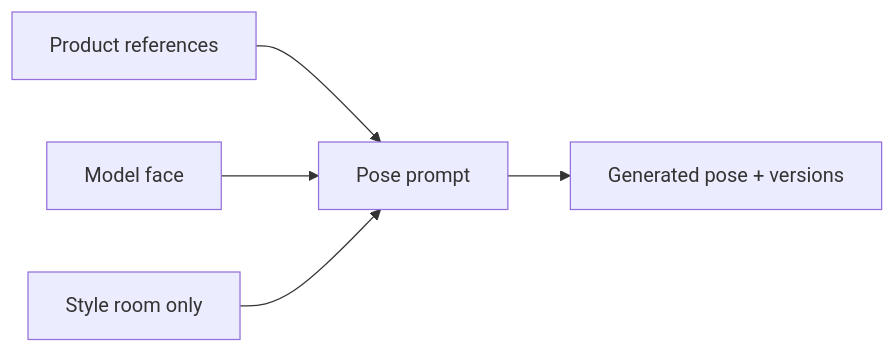
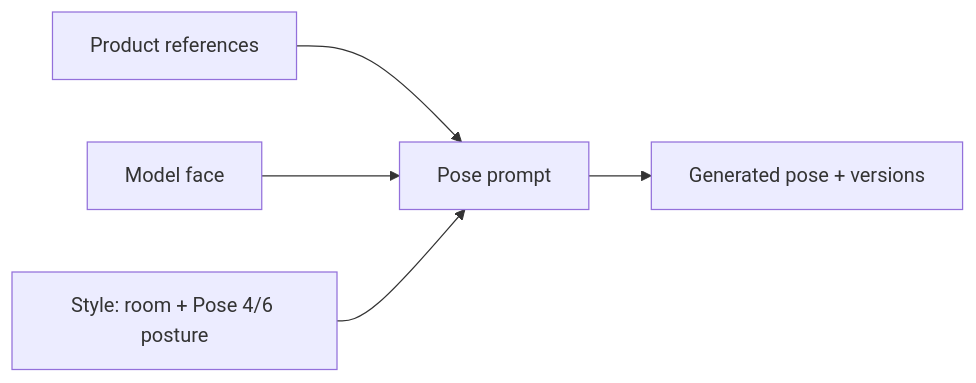
The diagram in youthnic-ai-studio-docs/history/inspect-generation-flow.mdx (pawanshukla500/aistudio-youthnic), drawn with Mermaid before and after one commit. The commit also changed other lines of this file and 74 other files, not shown here.

````diff
--- a/youthnic-ai-studio-docs/history/inspect-generation-flow.mdx
+++ b/youthnic-ai-studio-docs/history/inspect-generation-flow.mdx
@@ -12,7 +12,7 @@
 ```mermaid
 graph LR
     A[Product references] --> D[Pose prompt]
     B[Model face] --> D
-    C[Style room only] --> D
+    C[Style: room + Pose 4/6 posture] --> D
     D --> E[Generated pose + versions]
 ```
````
